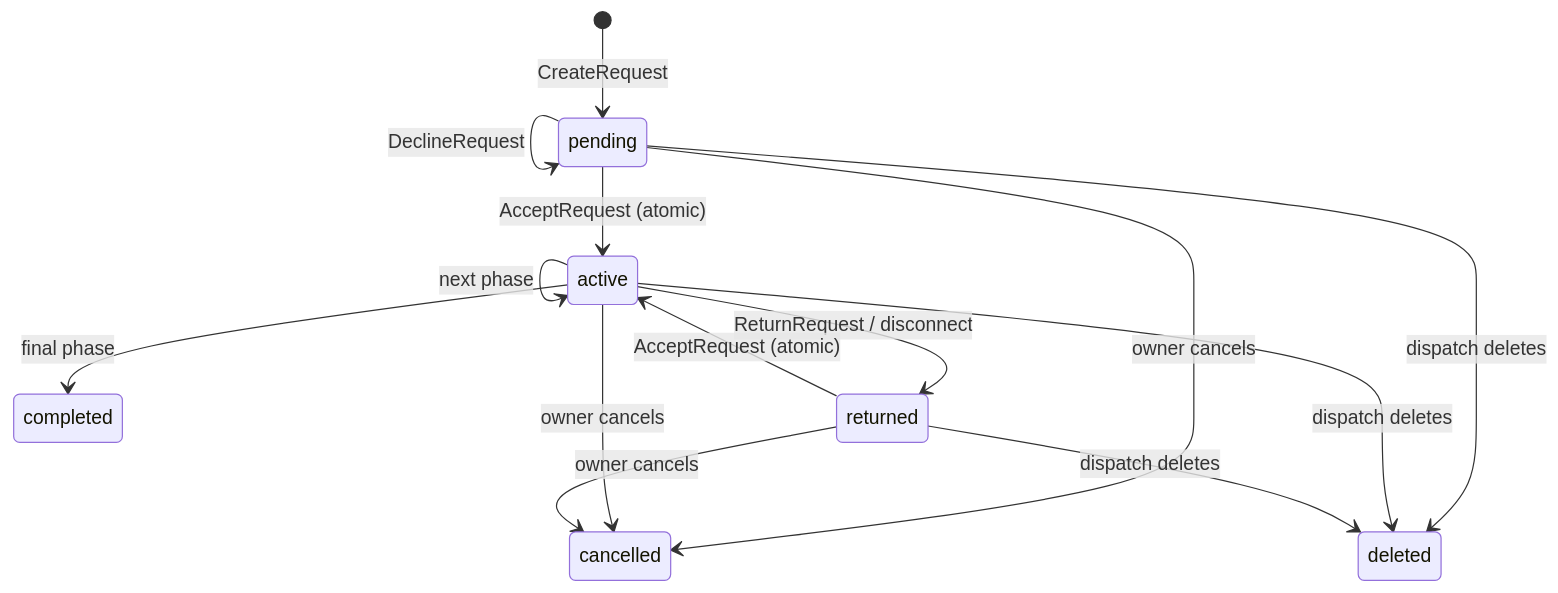
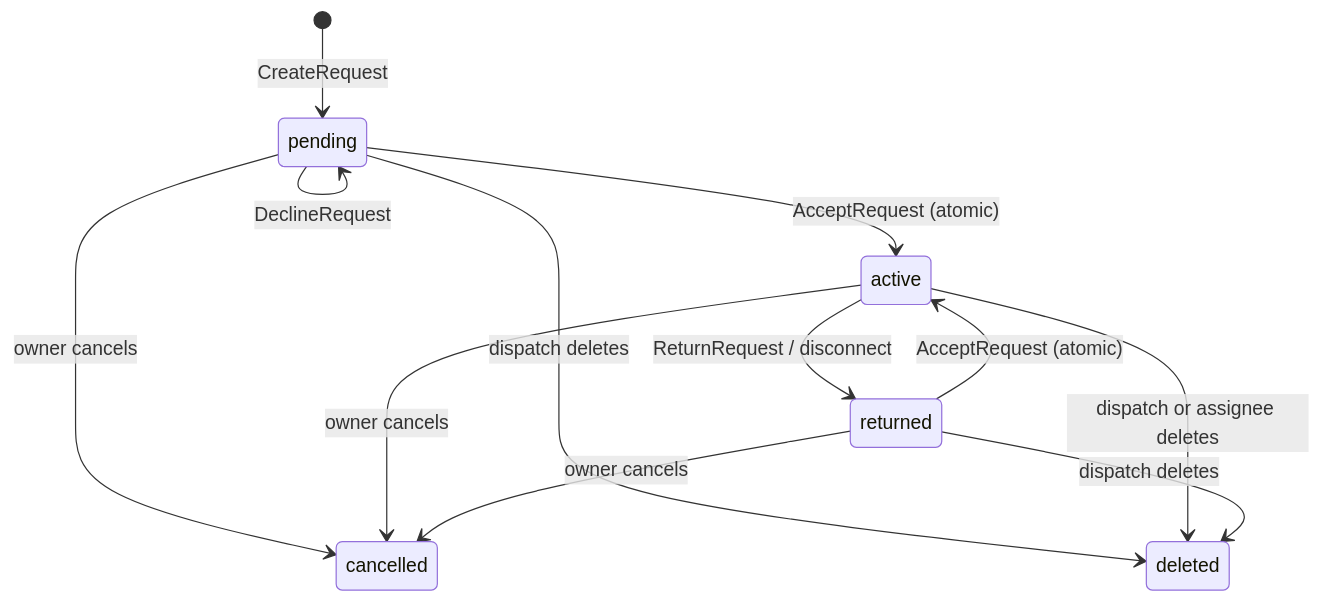
One commit to dabinuss/lb-services-plus changed the diagram in dev/services-plus/docs/api/API.md. Above: the diagram before and after it, drawn with Mermaid. The commit also changed other lines of this file and 54 other files, not shown here.

````diff
--- a/dev/services-plus/docs/api/API.md
+++ b/dev/services-plus/docs/api/API.md
@@ -233,16 +226,14 @@
 ```mermaid
 stateDiagram-v2
     [*] --> pending: CreateRequest
     pending --> active: AcceptRequest (atomic)
     pending --> pending: DeclineRequest
     pending --> cancelled: owner cancels
     pending --> deleted: dispatch deletes
-    active --> active: next phase
-    active --> completed: final phase
     active --> returned: ReturnRequest / disconnect
     active --> cancelled: owner cancels
-    active --> deleted: dispatch deletes
+    active --> deleted: dispatch or assignee deletes
     returned --> active: AcceptRequest (atomic)
     returned --> cancelled: owner cancels
     returned --> deleted: dispatch deletes
 ```
````
